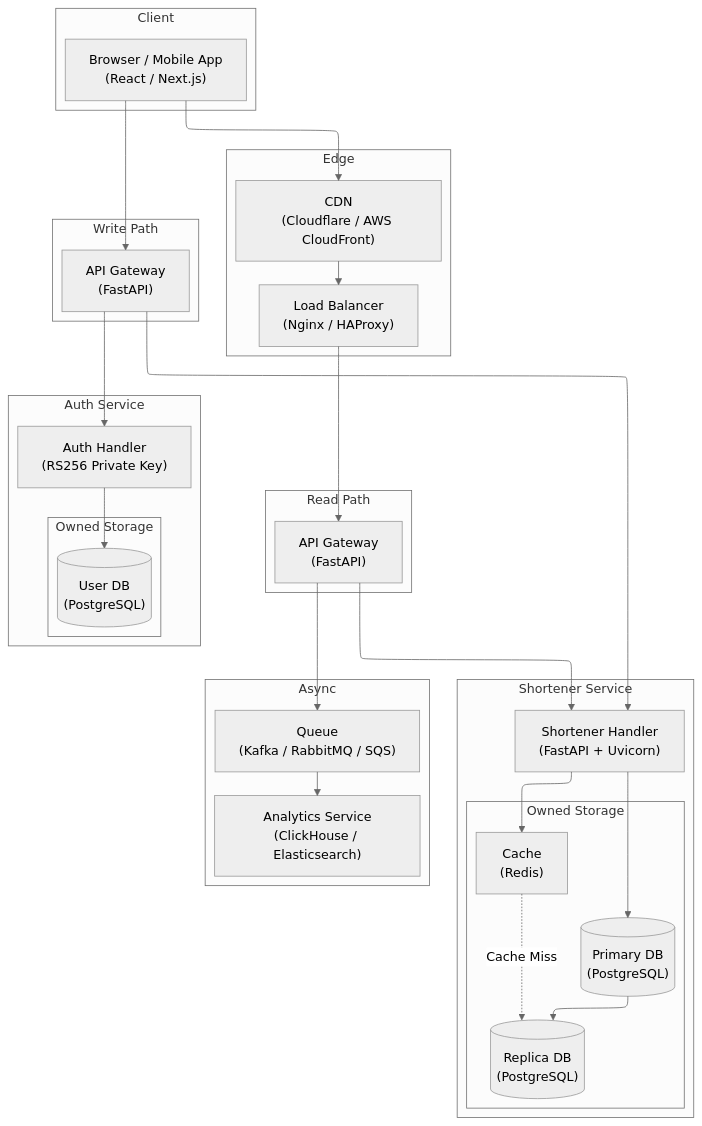
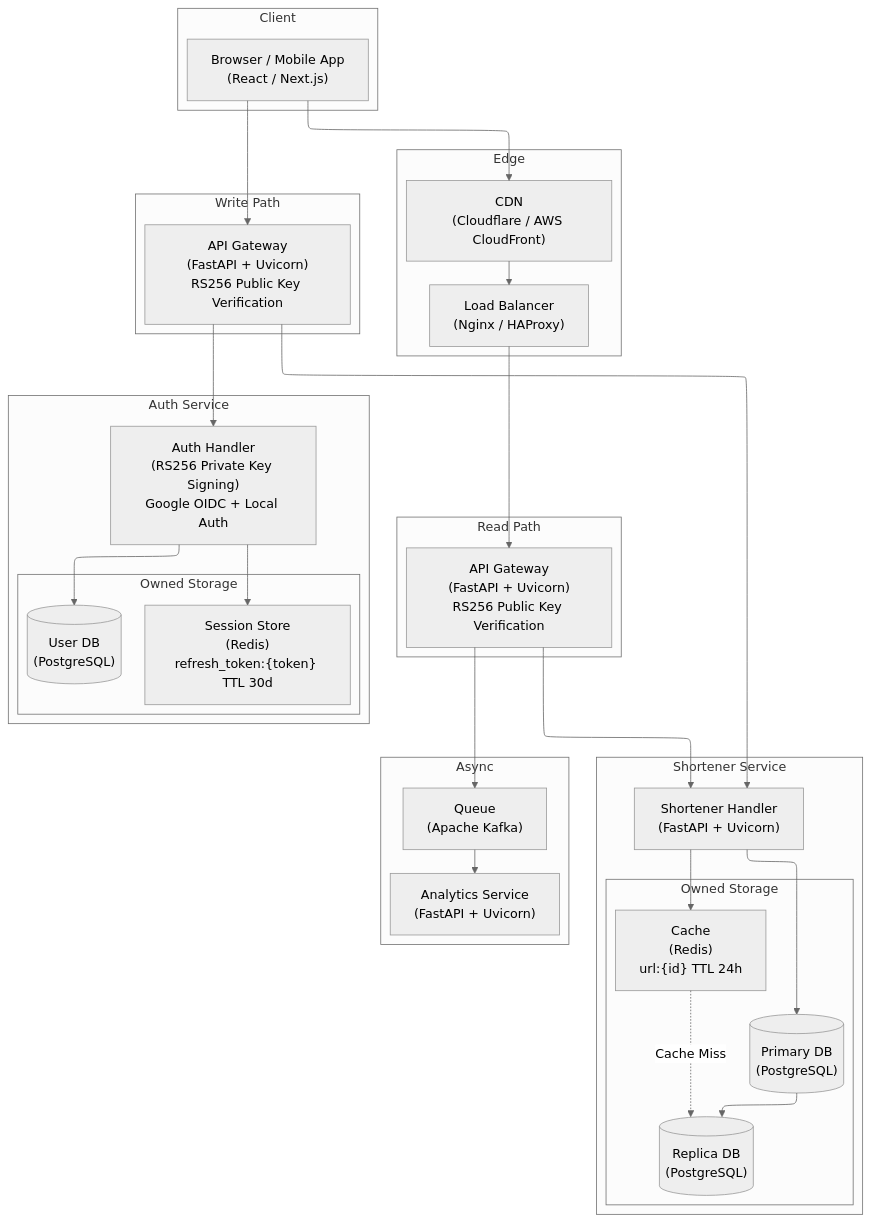
One commit to boycececil666gmailcom/Microservice-Auth-Platform changed the second of 3 diagrams in README.md. Above: the diagram before and after it, drawn with Mermaid. The commit also changed other lines of this file, not shown here.

Commit message:
docs: rewrite README with create_readme skill — business-value focus, 3 Mermaid diagrams (sequence+ELK prod+ELK container)

````diff
--- a/README.md
+++ b/README.md
@@ -173,66 +92,67 @@
 ```mermaid
 ---
 config:
   layout: elk
   theme: neutral
 ---
 flowchart TB
 
     subgraph Client
         User["Browser / Mobile App<br/>(React / Next.js)"]
     end
 
     subgraph Edge
         CDN["CDN<br/>(Cloudflare / AWS CloudFront)"]
         LB["Load Balancer<br/>(Nginx / HAProxy)"]
     end
 
     subgraph WritePath["Write Path"]
-        APIGW["API Gateway<br/>(FastAPI)"]
+        APIGW["API Gateway<br/>(FastAPI + Uvicorn)<br/>RS256 Public Key Verification"]
     end
 
     subgraph ReadPath["Read Path"]
-        Redirect["API Gateway<br/>(FastAPI)"]
+        Redirect["API Gateway<br/>(FastAPI + Uvicorn)<br/>RS256 Public Key Verification"]
     end
 
     subgraph AuthSvc["Auth Service"]
-        Auth["Auth Handler<br/>(RS256 Private Key)"]
+        Auth["Auth Handler<br/>(RS256 Private Key Signing)<br/>Google OIDC + Local Auth"]
         subgraph AuthDB["Owned Storage"]
             UserDB[("User DB<br/>(PostgreSQL)")]
+            AuthRedis["Session Store<br/>(Redis)<br/>refresh_token:{token} TTL 30d"]
         end
     end
 
     subgraph ShortenerSvc["Shortener Service"]
         Shortener["Shortener Handler<br/>(FastAPI + Uvicorn)"]
         subgraph ShortenerDB["Owned Storage"]
-            Redis["Cache<br/>(Redis)"]
+            Redis["Cache<br/>(Redis)<br/>url:{id} TTL 24h"]
             Primary[("Primary DB<br/>(PostgreSQL)")]
             Replica[("Replica DB<br/>(PostgreSQL)")]
         end
     end
 
     subgraph Async
-        Queue["Queue<br/>(Kafka / RabbitMQ / SQS)"]
-        Analytics["Analytics Service<br/>(ClickHouse / Elasticsearch)"]
+        Queue["Queue<br/>(Apache Kafka)"]
+        Analytics["Analytics Service<br/>(FastAPI + Uvicorn)"]
     end
 
     User --> APIGW
     APIGW --> Auth
     APIGW --> Shortener
 
     Auth --> UserDB
+    Auth --> AuthRedis
 
     Shortener --> Redis
     Shortener --> Primary
     Primary --> Replica
     Redis -. Cache Miss .-> Replica
 
     User --> CDN
     CDN --> LB
     LB --> Redirect
 
     Redirect --> Shortener
-
     Redirect --> Queue
     Queue --> Analytics
 ```
````
